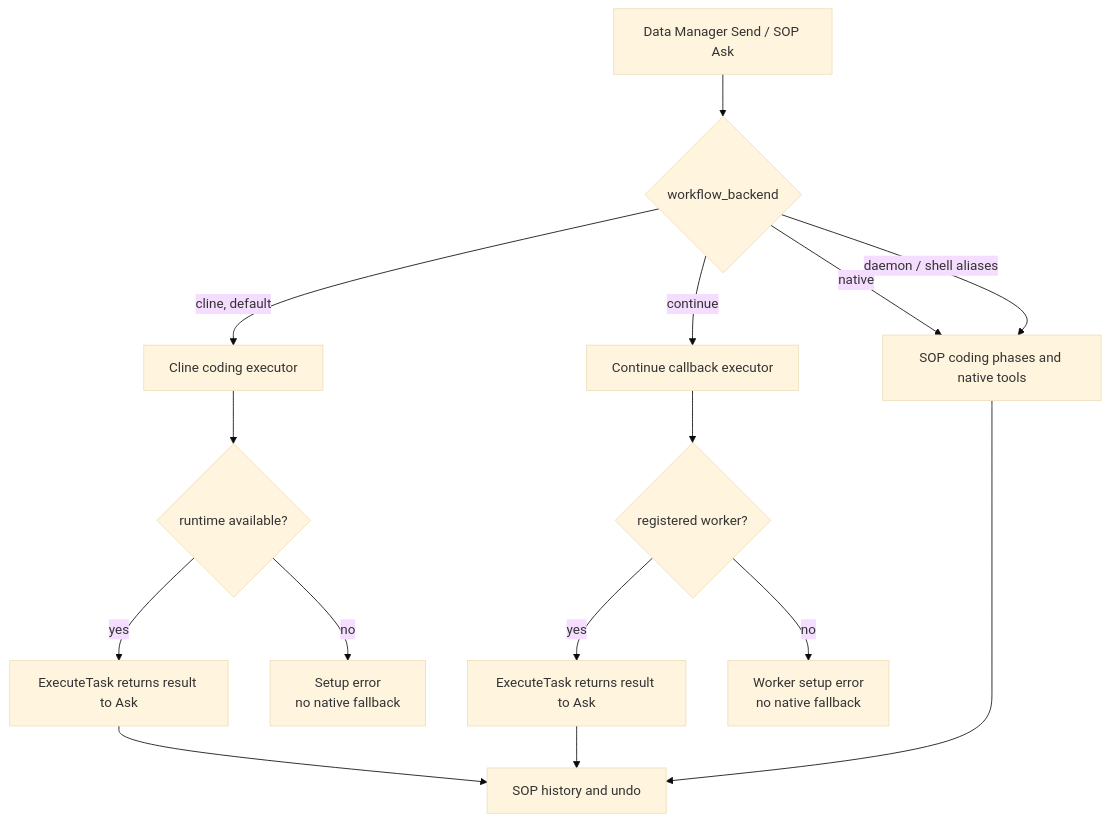
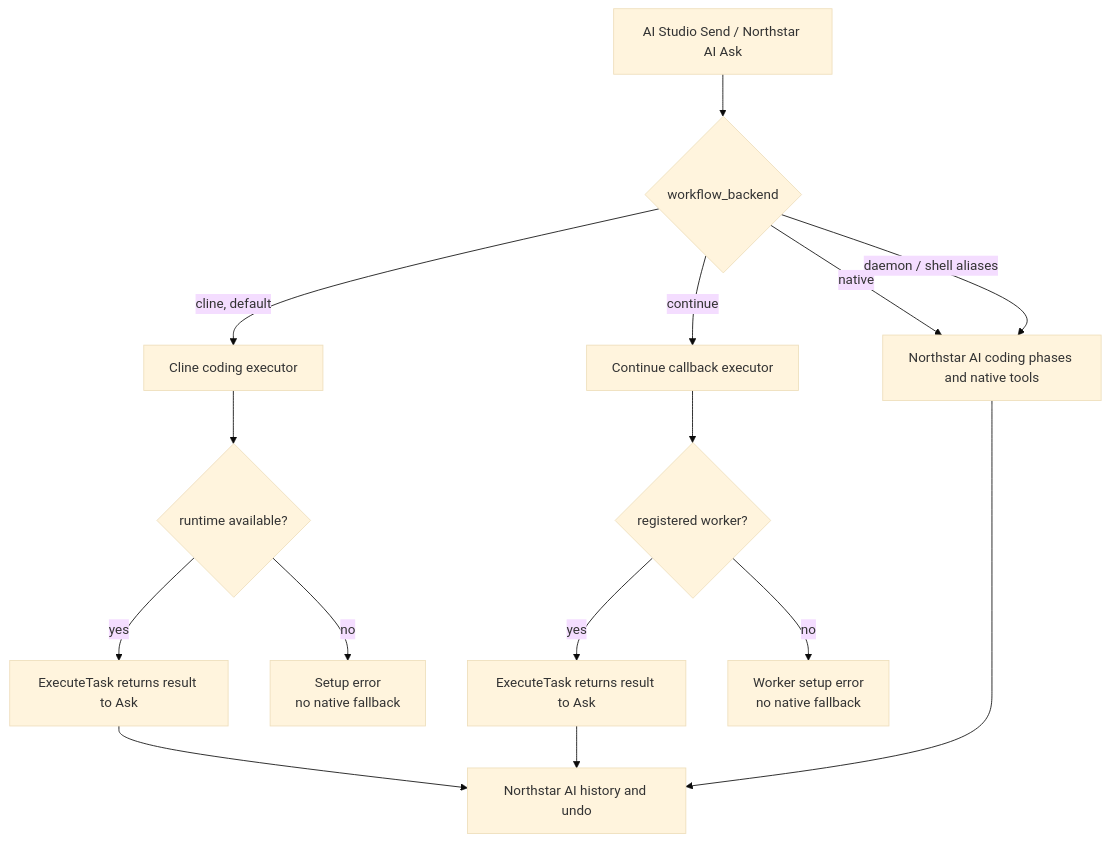
One commit to grecinto/sop changed the second of 4 diagrams in src/docs-site/docs/sdk/coding-agent-integrations.md. Above: the diagram before and after it, drawn with Mermaid (base theme). The commit also changed other lines of this file and 50 other files, not shown here.

Commit message:
Rebranded: Northstar AI, Joltrin SDK, AI Studio

````diff
--- a/src/docs-site/docs/sdk/coding-agent-integrations.md
+++ b/src/docs-site/docs/sdk/coding-agent-integrations.md
@@ -58,17 +58,17 @@
 ```mermaid
 flowchart TD
-  ASK[Data Manager Send / SOP Ask] --> MODE{workflow_backend}
+  ASK[AI Studio Send / Northstar AI Ask] --> MODE{workflow_backend}
   MODE -->|cline, default| CLINE[Cline coding executor]
   CLINE --> READY{runtime available?}
   READY -->|yes| RESULT[ExecuteTask returns result to Ask]
   READY -->|no| ERROR[Setup error<br/>no native fallback]
   MODE -->|continue| CONTINUE[Continue callback executor]
   CONTINUE --> WORKER{registered worker?}
   WORKER -->|yes| CRESULT[ExecuteTask returns result to Ask]
   WORKER -->|no| CERROR[Worker setup error<br/>no native fallback]
-  MODE -->|native| NATIVE[SOP coding phases and native tools]
+  MODE -->|native| NATIVE[Northstar AI coding phases and native tools]
   MODE -->|daemon / shell aliases| NATIVE
-  RESULT --> SOP[SOP history and undo]
-  CRESULT --> SOP
-  NATIVE --> SOP
+  RESULT --> NORTHSTAR[Northstar AI history and undo]
+  CRESULT --> NORTHSTAR
+  NATIVE --> NORTHSTAR
 ```
````
